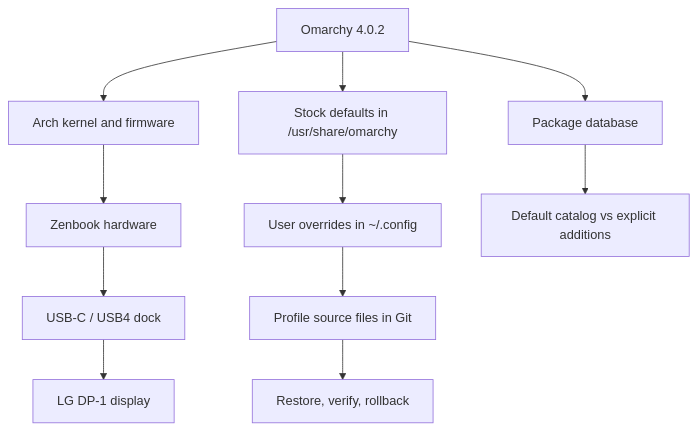
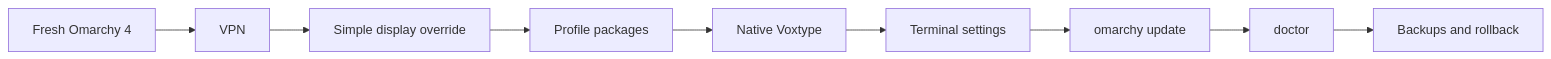
One commit to shubinlab/zenbook-omarchy changed the diagram in wiki/README.md. Above: the diagram before and after it, drawn with Mermaid. The commit also changed other lines of this file and 7 other files, not shown here.

````diff
--- a/wiki/README.md
+++ b/wiki/README.md
@@ -9,13 +31,11 @@
 ```mermaid
-flowchart TD
-  A[Omarchy 4.0.2] --> B[Arch kernel and firmware]
-  B --> C[Zenbook hardware]
-  C --> D[USB-C / USB4 dock]
-  D --> E[LG DP-1 display]
-  A --> F[Stock defaults in /usr/share/omarchy]
-  F --> G[User overrides in ~/.config]
-  G --> H[Profile source files in Git]
-  H --> I[Restore, verify, rollback]
-  A --> J[Package database]
-  J --> K[Default catalog vs explicit additions]
+flowchart LR
+  A[Fresh Omarchy 4] --> B[VPN]
+  B --> C[Simple display override]
+  C --> D[Profile packages]
+  D --> E[Native Voxtype]
+  E --> F[Terminal settings]
+  F --> G[omarchy update]
+  G --> H[doctor]
+  H --> I[Backups and rollback]
 ```
````
